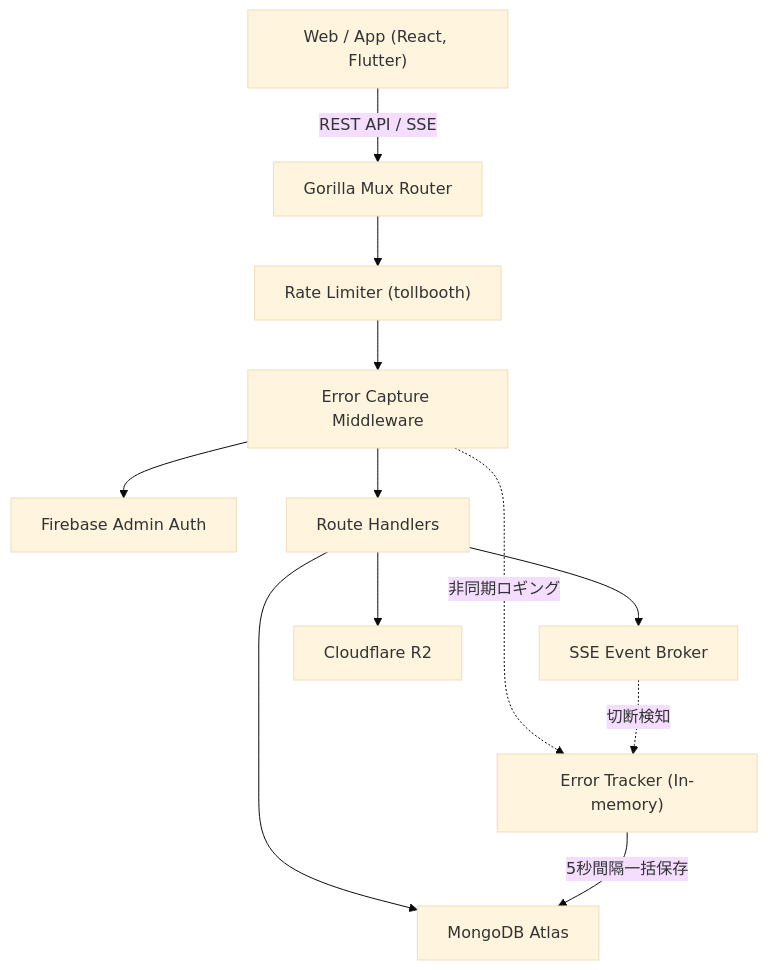
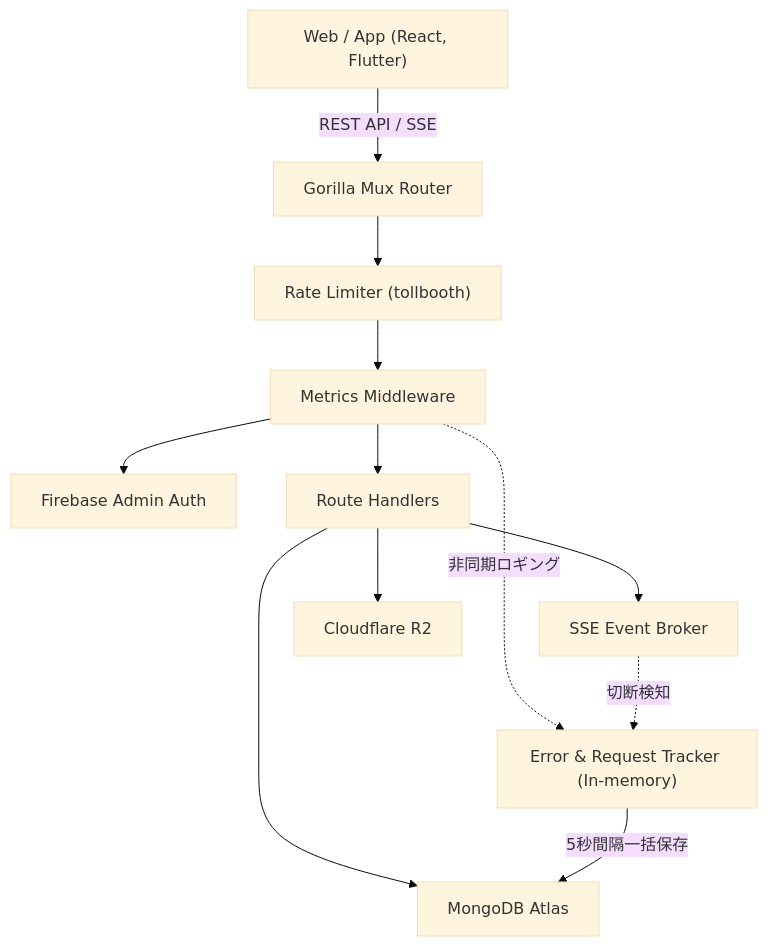
Before and after one commit to Espi8624/yoyaku_mate_server: the diagram in README.md, drawn with Mermaid (base theme). The commit also changed other lines of this file and 13 other files, not shown here.

````diff
--- a/README.md
+++ b/README.md
@@ -65,15 +65,15 @@
 ```mermaid
 graph TD
     Client["Web / App (React, Flutter)"] -->|"REST API / SSE"| Router["Gorilla Mux Router"]
     Router --> Middleware["Rate Limiter (tollbooth)"]
-    Middleware --> ErrorCapture["Error Capture Middleware"]
-    ErrorCapture --> Auth["Firebase Admin Auth"]
-    ErrorCapture --> Handlers["Route Handlers"]
+    Middleware --> Metrics["Metrics Middleware"]
+    Metrics --> Auth["Firebase Admin Auth"]
+    Metrics --> Handlers["Route Handlers"]
     Handlers --> Broker["SSE Event Broker"]
     Handlers --> DB["MongoDB Atlas"]
     Handlers --> Storage["Cloudflare R2"]
     
-    ErrorCapture -.->|非同期ロギング| Tracker["Error Tracker (In-memory)"]
+    Metrics -.->|非同期ロギング| Tracker["Error & Request Tracker (In-memory)"]
     Broker -.->|切断検知| Tracker
     Tracker -->|5秒間隔一括保存| DB
 ```
````
